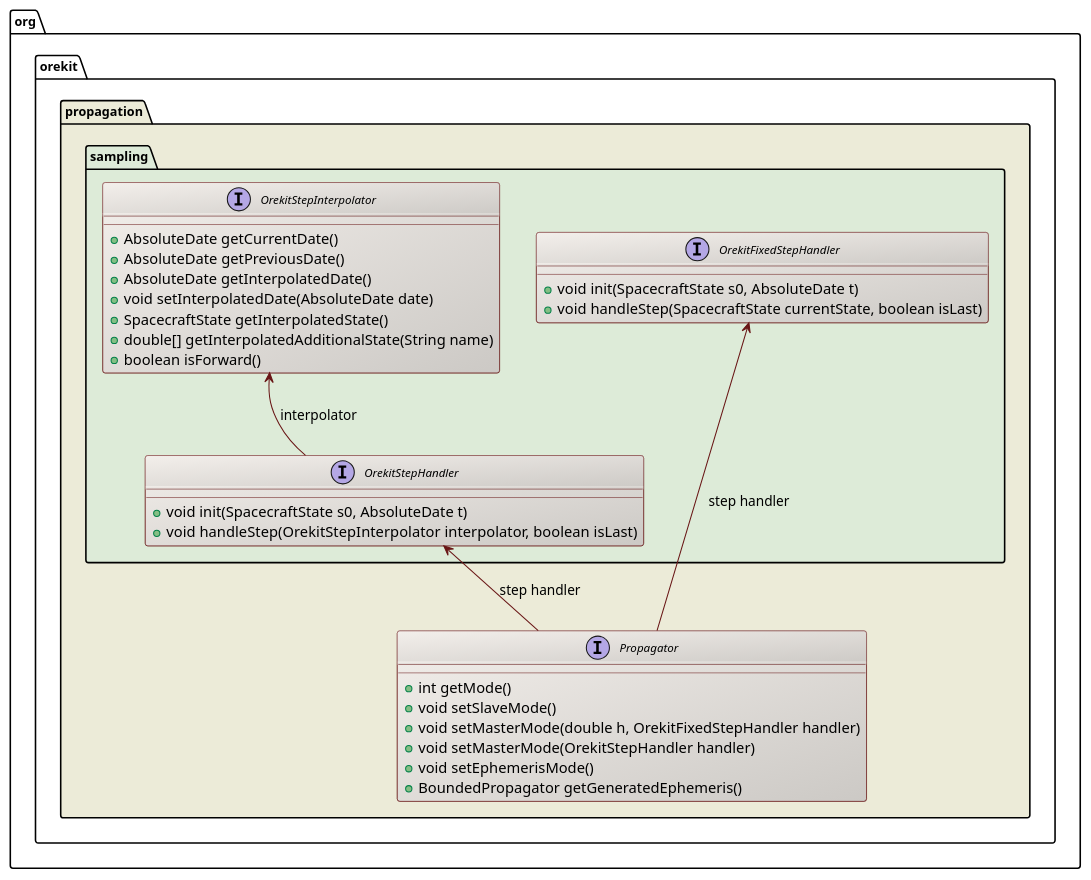
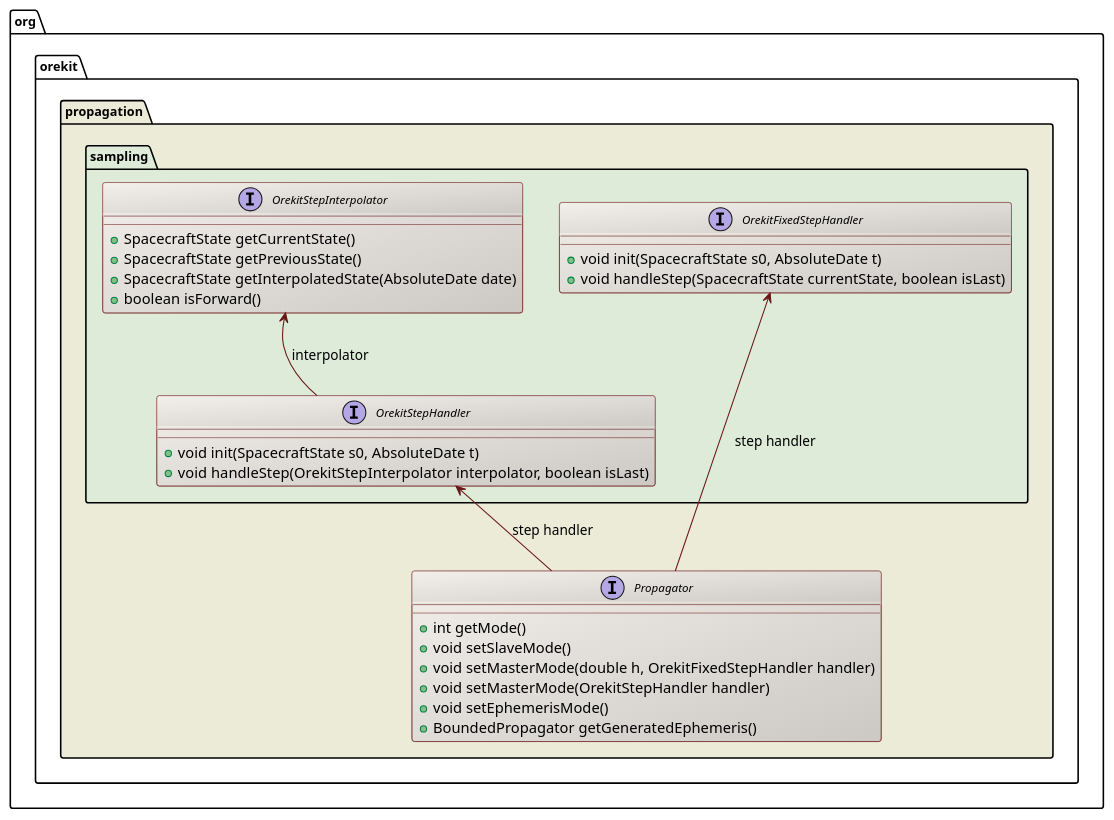
Before and after one commit to CS-SI/Orekit: the diagram in src/design/sampling-class-diagram.puml, drawn with PlantUML. The commit also changed 7 other files, not shown here.

Commit message:
Updated UML diagrams with latest version.

```diff
--- a/src/design/sampling-class-diagram.puml
+++ b/src/design/sampling-class-diagram.puml
@@ -17,54 +17,51 @@
 @startuml
 
   skinparam svek                  true
   skinparam ClassBackgroundColor  #F3EFEB/CCC9C5
   skinparam ClassArrowColor       #691616
   skinparam ClassBorderColor      #691616
   skinparam NoteBackgroundColor   #F3EFEB
   skinparam NoteBorderColor       #691616
   skinparam NoteFontColor         #691616
   skinparam ClassFontSize         11
   skinparam PackageFontSize       12
 
   package org.orekit.propagation #ECEBD8 {
 
     interface Propagator {
       +int getMode()
       +void setSlaveMode()
       +void setMasterMode(double h, OrekitFixedStepHandler handler)
       +void setMasterMode(OrekitStepHandler handler)
       +void setEphemerisMode()
       +BoundedPropagator getGeneratedEphemeris()
     }
 
     package sampling #DDEBD8 {
 
       interface OrekitStepHandler {
         +void init(SpacecraftState s0, AbsoluteDate t)
         +void handleStep(OrekitStepInterpolator interpolator, boolean isLast)
       }
 
       interface OrekitFixedStepHandler {
         +void init(SpacecraftState s0, AbsoluteDate t)
         +void handleStep(SpacecraftState currentState, boolean isLast)
       }
 
       interface OrekitStepInterpolator {
-        +AbsoluteDate getCurrentDate()
-        +AbsoluteDate getPreviousDate()
-        +AbsoluteDate getInterpolatedDate()
-        +void setInterpolatedDate(AbsoluteDate date)
-        +SpacecraftState getInterpolatedState()
-        +double[] getInterpolatedAdditionalState(String name)
+        +SpacecraftState getCurrentState()
+        +SpacecraftState getPreviousState()
+        +SpacecraftState getInterpolatedState(AbsoluteDate date)
         +boolean isForward()
       }
 
       OrekitStepHandler <-down- Propagator : step handler
       OrekitStepInterpolator <-down- OrekitStepHandler : interpolator
       OrekitFixedStepHandler <-- Propagator : step handler
 
     }
 
   }
 
 @enduml
```
